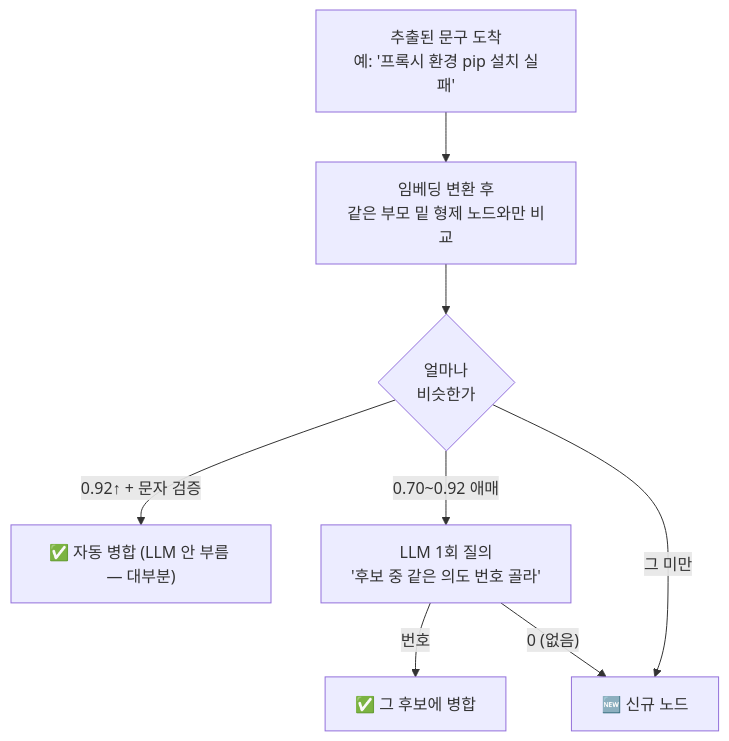
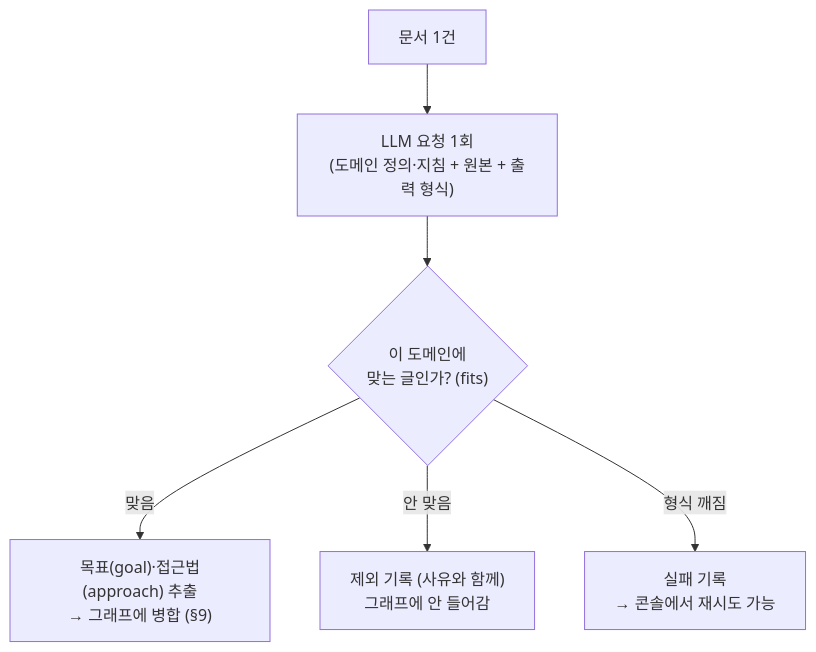
The sixth of 11 diagrams in docs/plan.md (catinbox276/graph-search-chat), drawn with Mermaid before and after one commit. The commit also changed other lines of this file and 4 other files, not shown here.

````diff
--- a/docs/plan.md
+++ b/docs/plan.md
@@ -73,10 +227,8 @@
 ```mermaid
 flowchart TB
-    D["추출된 문구 도착<br/>예: '프록시 환경 pip 설치 실패'"] --> E["임베딩 변환 후<br/>같은 부모 밑 형제 노드와만 비교"]
-    E --> F{"얼마나<br/>비슷한가"}
-    F -->|"0.92↑ + 문자 검증"| G["✅ 자동 병합 (LLM 안 부름 — 대부분)"]
-    F -->|"0.70~0.92 애매"| H["LLM 1회 질의<br/>'후보 중 같은 의도 번호 골라'"]
-    H -->|번호| G2["✅ 그 후보에 병합"]
-    H -->|"0 (없음)"| I["🆕 신규 노드"]
-    F -->|"그 미만"| I
+    A["문서 1건"] --> B["LLM 요청 1회<br/>(도메인 정의·지침 + 원본 + 출력 형식)"]
+    B --> C{"이 도메인에<br/>맞는 글인가? (fits)"}
+    C -->|"맞음"| D["목표(goal)·접근법(approach) 추출<br/>→ 그래프에 병합 (§9)"]
+    C -->|"안 맞음"| E["제외 기록 (사유와 함께)<br/>그래프에 안 들어감"]
+    C -->|"형식 깨짐"| F["실패 기록<br/>→ 콘솔에서 재시도 가능"]
 ```
````
